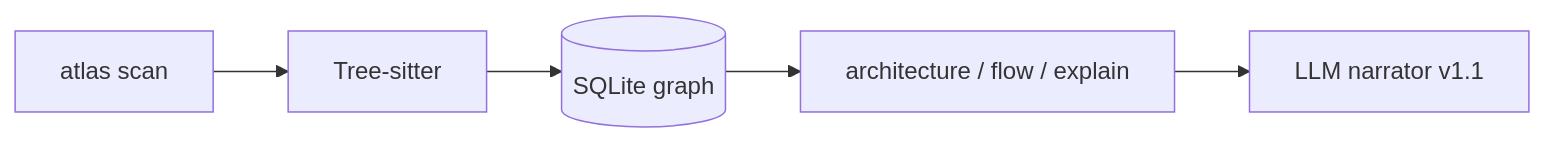
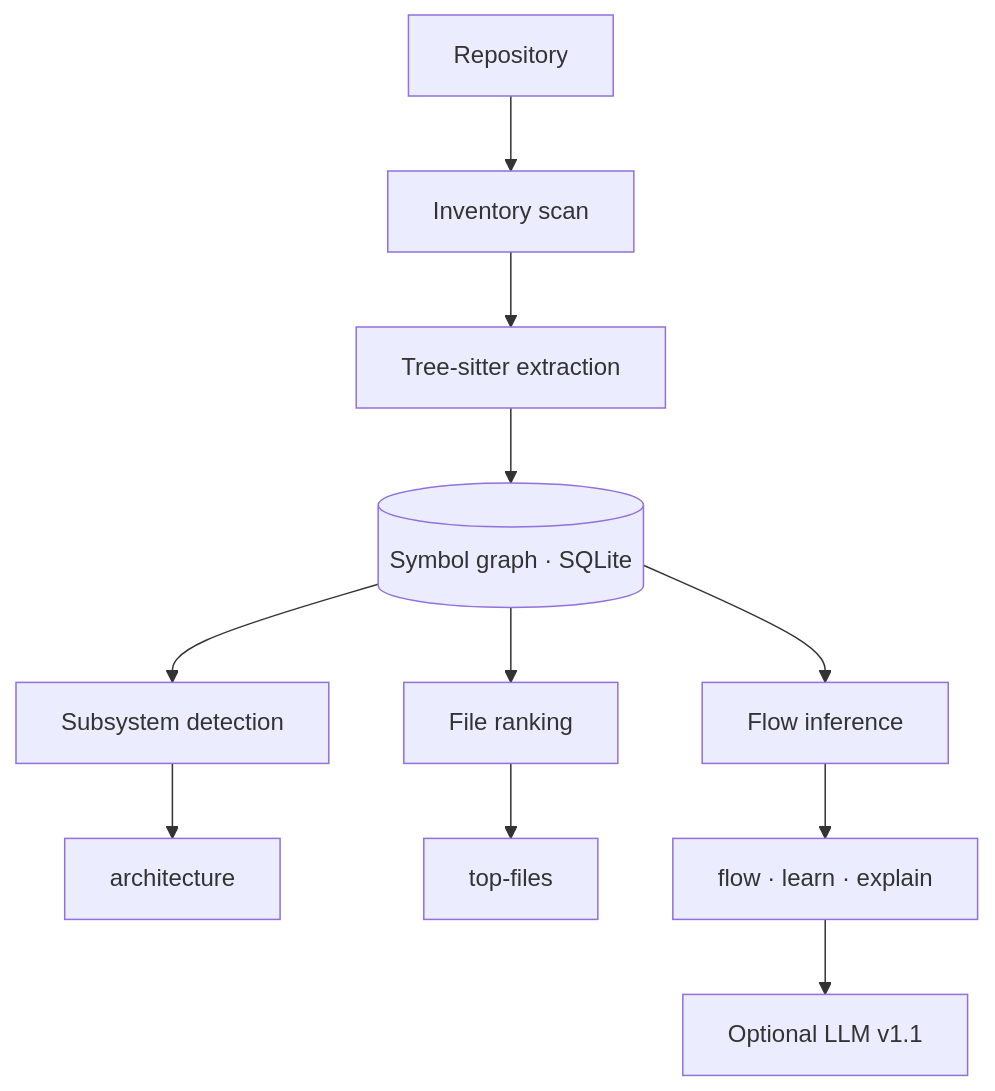
One commit to rohan1903/atlas changed the diagram in README.md. Above: the diagram before and after it, drawn with Mermaid. The commit also changed other lines of this file, not shown here.

````diff
--- a/README.md
+++ b/README.md
@@ -270,7 +247,13 @@
 ```mermaid
-flowchart LR
-    scan["atlas scan"] --> parse[Tree-sitter]
-    parse --> store[(SQLite graph)]
-    store --> out["architecture / flow / explain"]
-    out --> llm["LLM narrator v1.1"]
+flowchart TD
+    repo[Repository] --> scan[Inventory scan]
+    scan --> parse[Tree-sitter extraction]
+    parse --> symgraph[(Symbol graph · SQLite)]
+    symgraph --> sub[Subsystem detection]
+    symgraph --> rank[File ranking]
+    symgraph --> flow[Flow inference]
+    sub --> arch[architecture]
+    rank --> top[top-files]
+    flow --> intel[flow · learn · explain]
+    intel --> llm[Optional LLM v1.1]
 ```
````
